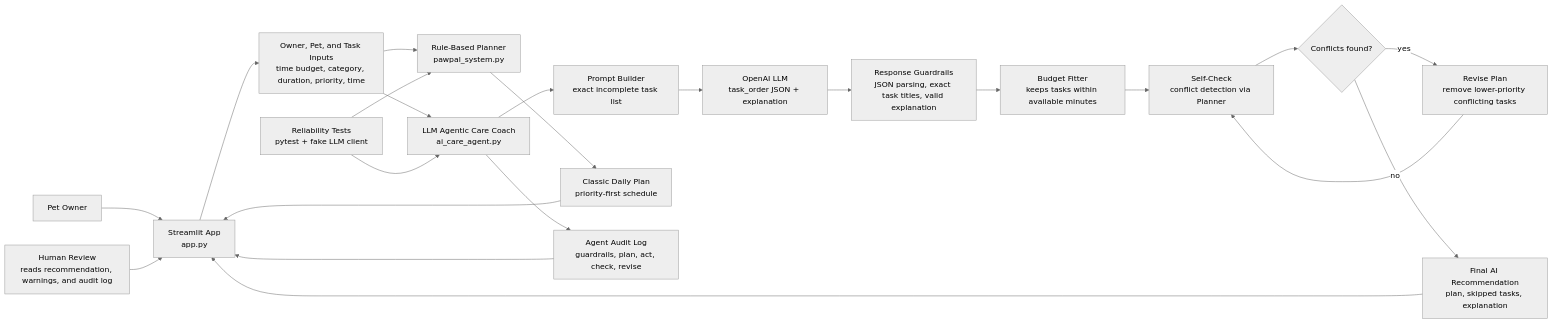
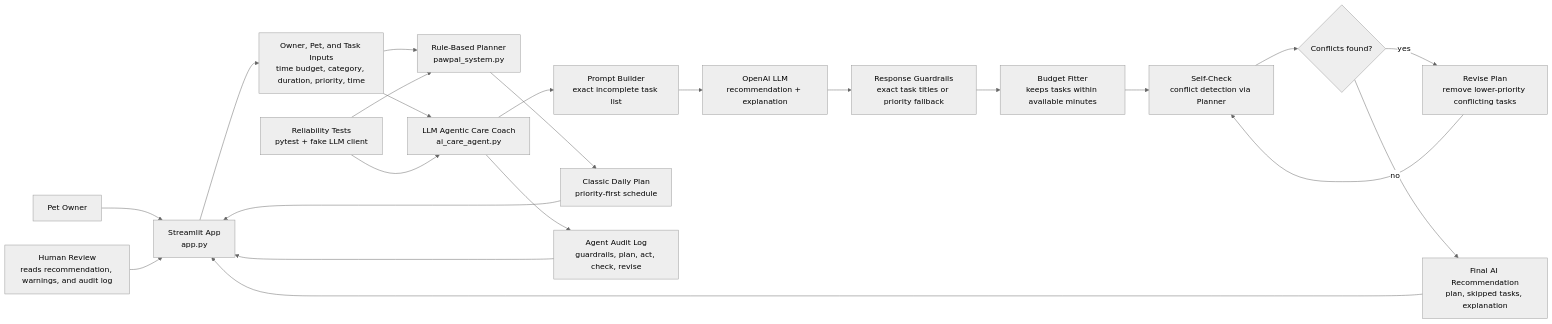
Before and after one commit to JWHu1-cmyk/ai110-finalproject-appliedaisystem-starter: the diagram in README.md, drawn with Mermaid (neutral theme). The commit also changed other lines of this file and 7 other files, not shown here.

Commit message:
refactor: improve LLM response handling in CareCoachAgent to support natural language explanations and priority fallback; update README for clarity on agent behavior

````diff
--- a/README.md
+++ b/README.md
@@ -27,29 +49,29 @@
 ```mermaid
 flowchart LR
     user["Pet Owner"] --> ui["Streamlit App<br/>app.py"]
 
     ui --> input["Owner, Pet, and Task Inputs<br/>time budget, category, duration, priority, time"]
     input --> planner["Rule-Based Planner<br/>pawpal_system.py"]
     input --> agent["LLM Agentic Care Coach<br/>ai_care_agent.py"]
 
     agent --> prompt["Prompt Builder<br/>exact incomplete task list"]
-    prompt --> llm["OpenAI LLM<br/>task_order JSON + explanation"]
-    llm --> guardrails["Response Guardrails<br/>JSON parsing, exact task titles, valid explanation"]
+    prompt --> llm["OpenAI LLM<br/>recommendation + explanation"]
+    llm --> guardrails["Response Guardrails<br/>exact task titles or priority fallback"]
     guardrails --> budget["Budget Fitter<br/>keeps tasks within available minutes"]
     budget --> checker["Self-Check<br/>conflict detection via Planner"]
     checker --> revise{"Conflicts found?"}
     revise -- yes --> revision["Revise Plan<br/>remove lower-priority conflicting tasks"]
     revision --> checker
     revise -- no --> output["Final AI Recommendation<br/>plan, skipped tasks, explanation"]
 
     planner --> classic["Classic Daily Plan<br/>priority-first schedule"]
     output --> ui
     classic --> ui
 
     agent --> log["Agent Audit Log<br/>guardrails, plan, act, check, revise"]
     log --> ui
 
     tests["Reliability Tests<br/>pytest + fake LLM client"] --> agent
     tests --> planner
     human["Human Review<br/>reads recommendation, warnings, and audit log"] --> ui
 ```
````
